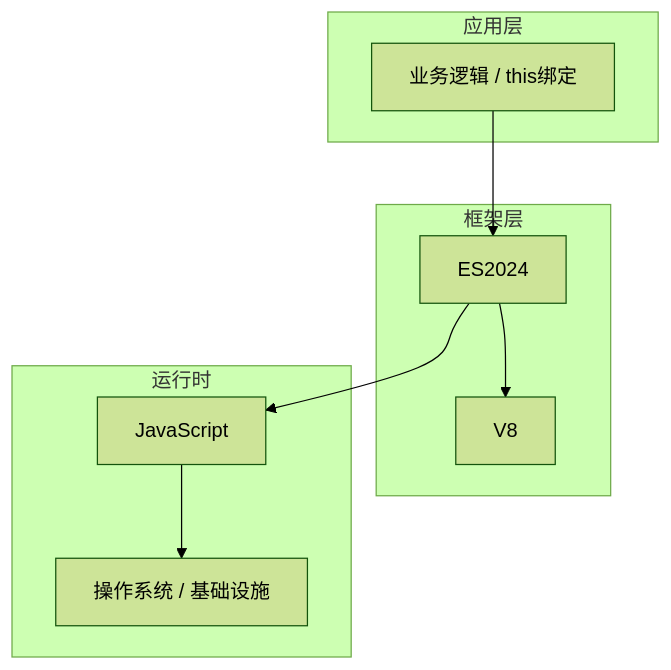
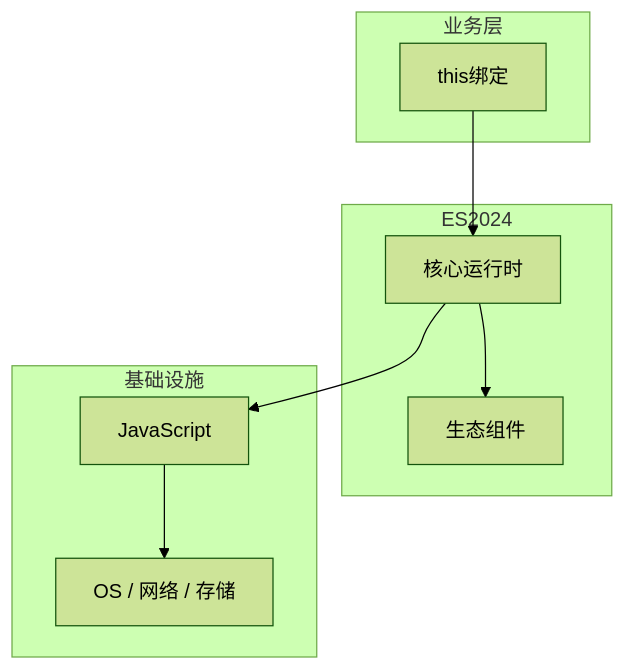
Before and after one commit to yanggan2015/knowledge-json-v2: the diagram in articles/JavaScript核心/chapters/097-this绑定核心概念与原理.md, drawn with Mermaid (forest theme). The commit also changed other lines of this file and 10127 other files, not shown here.

````diff
--- a/articles/JavaScript核心/chapters/097-this绑定核心概念与原理.md
+++ b/articles/JavaScript核心/chapters/097-this绑定核心概念与原理.md
@@ -45,18 +34,18 @@
 ```mermaid
 graph TB
-    subgraph 应用层
-        A[业务逻辑 / this绑定]
+    subgraph 业务层
+        A[this绑定]
     end
-    subgraph 框架层
-        B[ES2024]
-        C[V8]
+    subgraph ES2024
+        B[核心运行时]
+        C[生态组件]
     end
-    subgraph 运行时
+    subgraph 基础设施
         D[JavaScript]
-        E[操作系统 / 基础设施]
+        E[OS / 网络 / 存储]
     end
     A --> B
     B --> C
     B --> D
     D --> E
 ```
````
